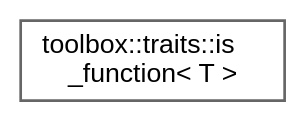
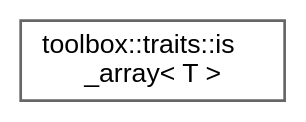
The diagram in inherit_graph_42.dot (nerdneilsfield/cpp-toolbox), drawn with Graphviz before and after one commit. The commit also changed 348 other files, not shown here.

```diff
--- a/inherit_graph_42.dot
+++ b/inherit_graph_42.dot
@@ -1,9 +1,9 @@
 digraph "Graphical Class Hierarchy"
 {
  // LATEX_PDF_SIZE
   bgcolor="transparent";
   edge [fontname=Helvetica,fontsize=10,labelfontname=Helvetica,labelfontsize=10];
   node [fontname=Helvetica,fontsize=10,shape=box,height=0.2,width=0.4];
   rankdir="LR";
-  Node0 [id="Node000000",label="toolbox::traits::is\l_function\< T \>",height=0.2,width=0.4,color="grey40", fillcolor="white", style="filled",URL="$structtoolbox_1_1traits_1_1is__function.html",tooltip="检查类型是否为函数/Check if type is a function"];
+  Node0 [id="Node000000",label="toolbox::traits::is\l_array\< T \>",height=0.2,width=0.4,color="grey40", fillcolor="white", style="filled",URL="$structtoolbox_1_1traits_1_1is__array.html",tooltip="检查类型是否为数组/Check if type is an array"];
 }
```
